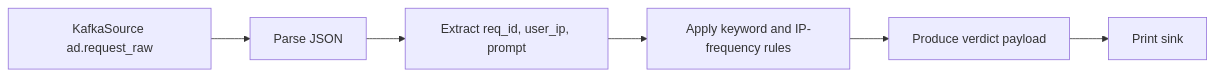
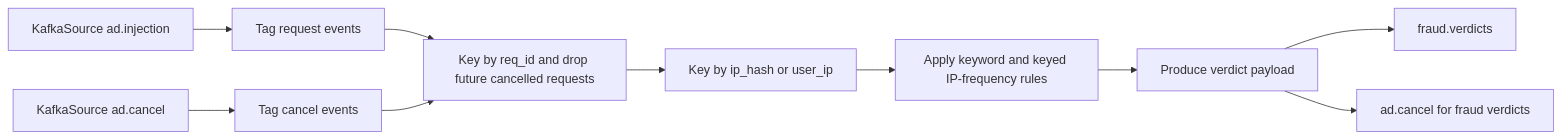
The diagram in docs/flink_processing.md (IamMistake/ai-ad-request-safety-pipeline), drawn with Mermaid before and after one commit. The commit also changed other lines of this file and 9 other files, not shown here.

````diff
--- a/docs/flink_processing.md
+++ b/docs/flink_processing.md
@@ -17,8 +19,12 @@
 ```mermaid
 flowchart LR
-    A[KafkaSource ad.request_raw] --> B[Parse JSON]
-    B --> C[Extract req_id, user_ip, prompt]
-    C --> D[Apply keyword and IP-frequency rules]
-    D --> E[Produce verdict payload]
-    E --> F[Print sink]
+    A[KafkaSource ad.injection] --> B[Tag request events]
+    H[KafkaSource ad.cancel] --> I[Tag cancel events]
+    B --> C[Key by req_id and drop future cancelled requests]
+    I --> C
+    C --> D[Key by ip_hash or user_ip]
+    D --> E[Apply keyword and keyed IP-frequency rules]
+    E --> F[Produce verdict payload]
+    F --> G[fraud.verdicts]
+    F --> J[ad.cancel for fraud verdicts]
 ```
````
